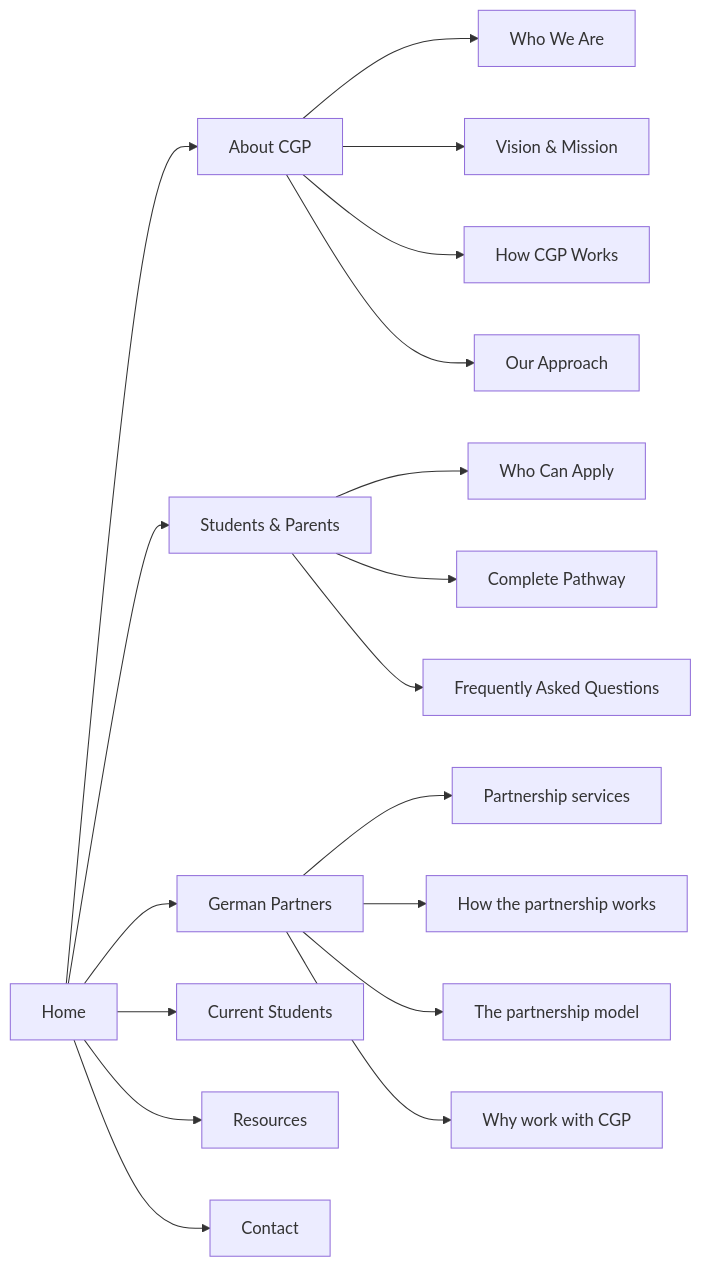
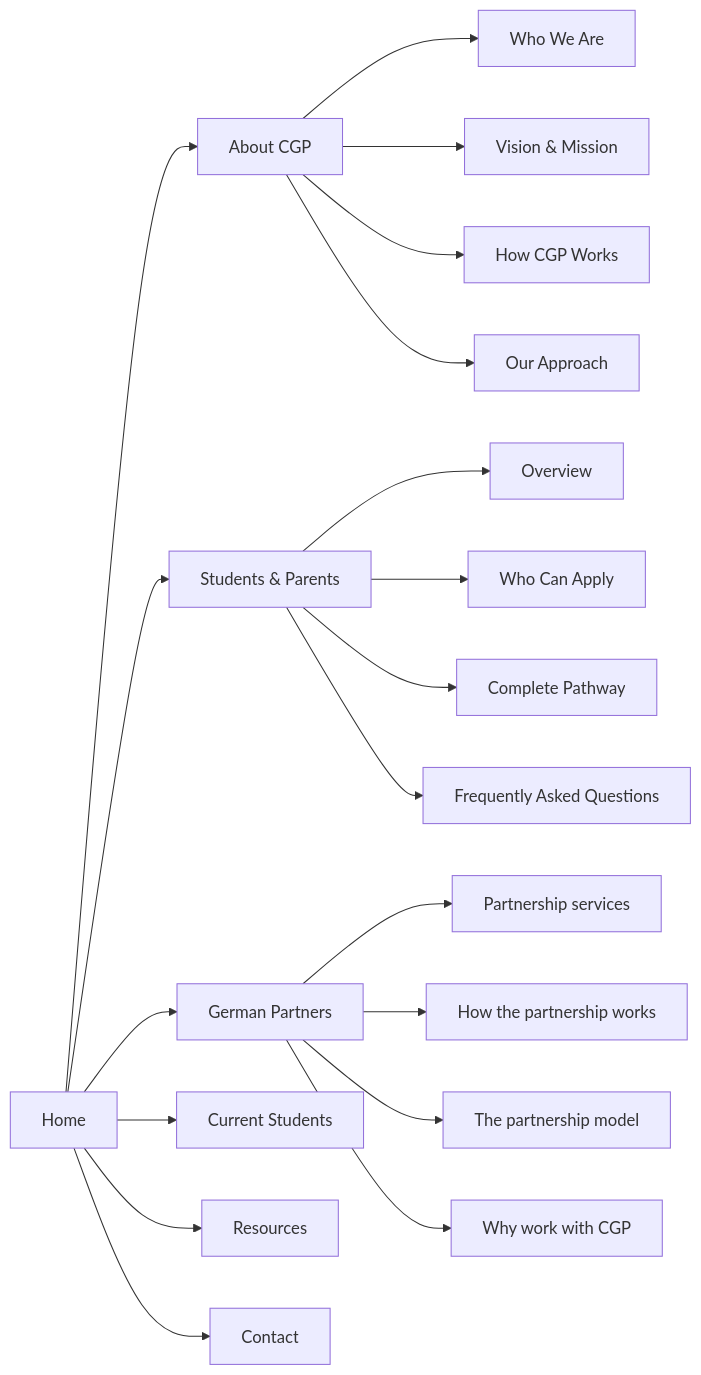
The diagram in README.md (PubuduDissanayaka/CGP), drawn with Mermaid before and after one commit. The commit also changed other lines of this file and 12 other files, not shown here.

````diff
--- a/README.md
+++ b/README.md
@@ -85,20 +92,21 @@
 ```mermaid
 flowchart LR
   H[Home] --> A[About CGP]
   A --> A1[Who We Are]
   A --> A2[Vision &amp; Mission]
   A --> A3[How CGP Works]
   A --> A4[Our Approach]
   H --> S[Students &amp; Parents]
-  S --> S1[Who Can Apply]
+  S  --> S0[Overview]
+  S  --> S1[Who Can Apply]
   S --> S2[Complete Pathway]
   S --> S3[Frequently Asked Questions]
   H --> P[German Partners]
   P --> P1[Partnership services]
   P --> P2[How the partnership works]
   P --> P3[The partnership model]
   P --> P4[Why work with CGP]
   H --> C[Current Students]
   H --> R[Resources]
   H --> K[Contact]
 ```
````
